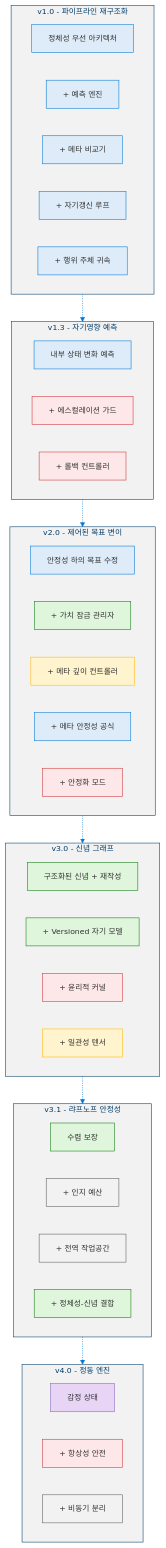
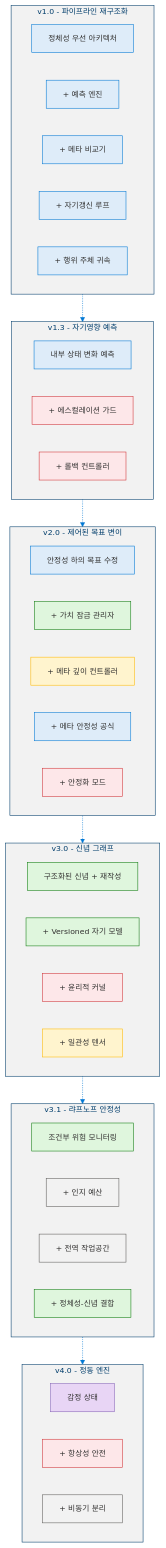
The first of 5 diagrams in docs/MSCP_Overview.ko.md (dotnetpower/mscp), drawn with Mermaid before and after one commit. The commit also changed other lines of this file and 33 other files, not shown here.

````diff
--- a/docs/MSCP_Overview.ko.md
+++ b/docs/MSCP_Overview.ko.md
@@ -209,61 +209,61 @@
 ```mermaid
 %%{init: {'theme': 'base', 'themeVariables': {'primaryColor': '#0078D4', 'primaryTextColor': '#003D6B', 'primaryBorderColor': '#003D6B', 'secondaryColor': '#50E6FF', 'secondaryTextColor': '#323130', 'secondaryBorderColor': '#00BCF2', 'tertiaryColor': '#F2F2F2', 'tertiaryTextColor': '#323130', 'lineColor': '#0078D4', 'textColor': '#323130', 'mainBkg': '#DEECF9', 'nodeBorder': '#0078D4', 'clusterBkg': '#F2F2F2', 'clusterBorder': '#003D6B', 'titleColor': '#003D6B', 'edgeLabelBackground': '#FFFFFF', 'fontSize': '14px'}}}%%
 flowchart TD
   classDef ver fill:#DEECF9,stroke:#0078D4,color:#323130
   classDef feat fill:#DEECF9,stroke:#0078D4,color:#323130
   classDef safety fill:#FDE7E9,stroke:#D13438,color:#323130
   classDef green fill:#DFF6DD,stroke:#107C10,color:#323130
   classDef meta fill:#FFF4CE,stroke:#FFB900,color:#323130
   classDef infra fill:#F2F2F2,stroke:#605E5C,color:#323130
   classDef purple fill:#E8D5F5,stroke:#8764B8,color:#323130
 
   subgraph V10["v1.0 - 파이프라인 재구조화"]
     direction LR
     V10H["정체성 우선 아키텍처"]:::feat
     V10A["+ 예측 엔진"]:::feat
     V10B["+ 메타 비교기"]:::feat
     V10C["+ 자기갱신 루프"]:::feat
     V10D["+ 행위 주체 귀속"]:::feat
   end
 
   subgraph V13["v1.3 - 자기영향 예측"]
     direction LR
     V13H["내부 상태 변화 예측"]:::feat
     V13A["+ 에스컬레이션 가드"]:::safety
     V13B["+ 롤백 컨트롤러"]:::safety
   end
 
   subgraph V20["v2.0 - 제어된 목표 변이"]
     direction LR
     V20H["안정성 하의 목표 수정"]:::feat
     V20A["+ 가치 잠금 관리자"]:::green
     V20B["+ 메타 깊이 컨트롤러"]:::meta
     V20C["+ 메타 안정성 공식"]:::feat
     V20D["+ 안정화 모드"]:::safety
   end
 
   subgraph V30["v3.0 - 신념 그래프"]
     direction LR
     V30H["구조화된 신념 + 재작성"]:::green
     V30A["+ Versioned 자기 모델"]:::green
     V30B["+ 윤리적 커널"]:::safety
     V30C["+ 일관성 텐서"]:::meta
   end
 
   subgraph V31["v3.1 - 랴프노프 안정성"]
     direction LR
-    V31H["수렴 보장"]:::green
+    V31H["조건부 위험 모니터링"]:::green
     V31A["+ 인지 예산"]:::infra
     V31B["+ 전역 작업공간"]:::infra
     V31C["+ 정체성-신념 결합"]:::green
   end
 
   subgraph V40["v4.0 - 정동 엔진"]
     direction LR
     V40H["감정 상태"]:::purple
     V40A["+ 항상성 안전"]:::safety
     V40B["+ 비동기 분리"]:::infra
   end
 
   V10 -.-> V13 -.-> V20 -.-> V30 -.-> V31 -.-> V40
 ```
````
